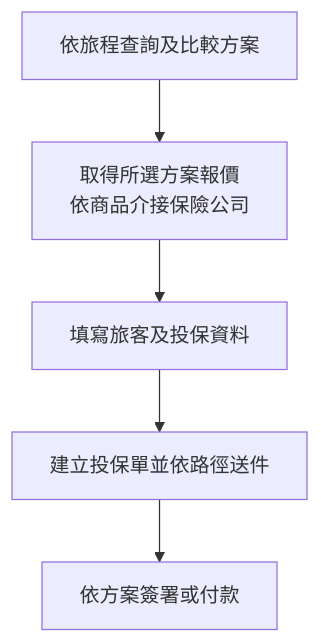
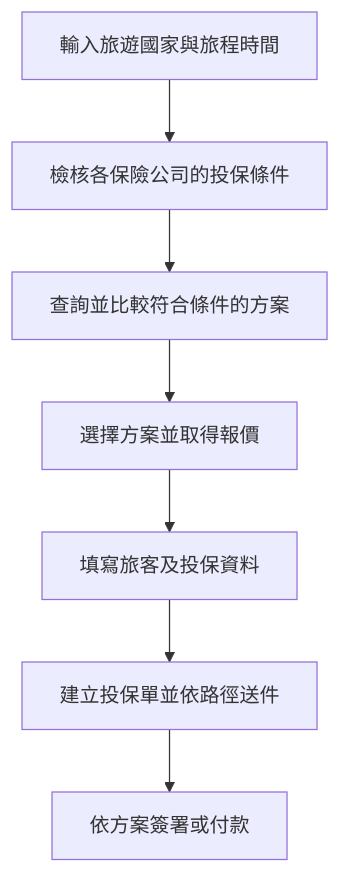
Before and after one commit to highhao/insurance-saas-platform: the second of 3 diagrams in README.md, drawn with Mermaid. The commit also changed other lines of this file, not shown here.

Commit message:
Clarify travel insurance eligibility checks

````diff
--- a/README.md
+++ b/README.md
@@ -32,7 +32,9 @@
 ```mermaid
 flowchart TB
-    A[依旅程查詢及比較方案] --> B[取得所選方案報價<br/>依商品介接保險公司]
-    B --> C[填寫旅客及投保資料]
-    C --> D[建立投保單並依路徑送件]
-    D --> E[依方案簽署或付款]
+    A[輸入旅遊國家與旅程時間] --> B[檢核各保險公司的投保條件]
+    B --> C[查詢並比較符合條件的方案]
+    C --> D[選擇方案並取得報價]
+    D --> E[填寫旅客及投保資料]
+    E --> F[建立投保單並依路徑送件]
+    F --> G[依方案簽署或付款]
 ```
````
